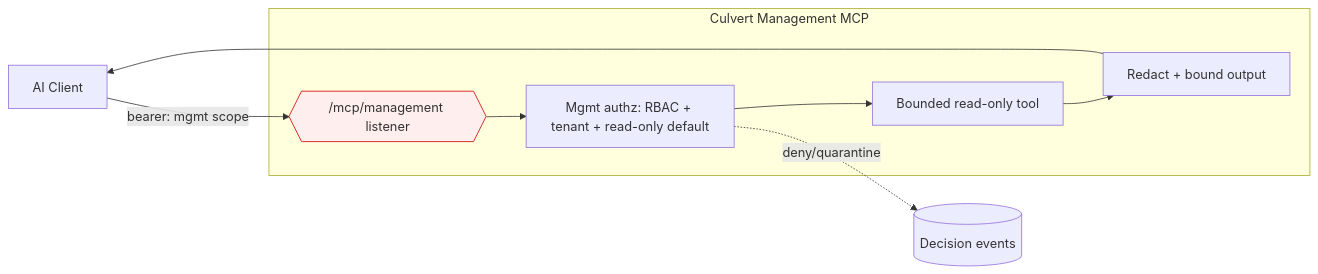
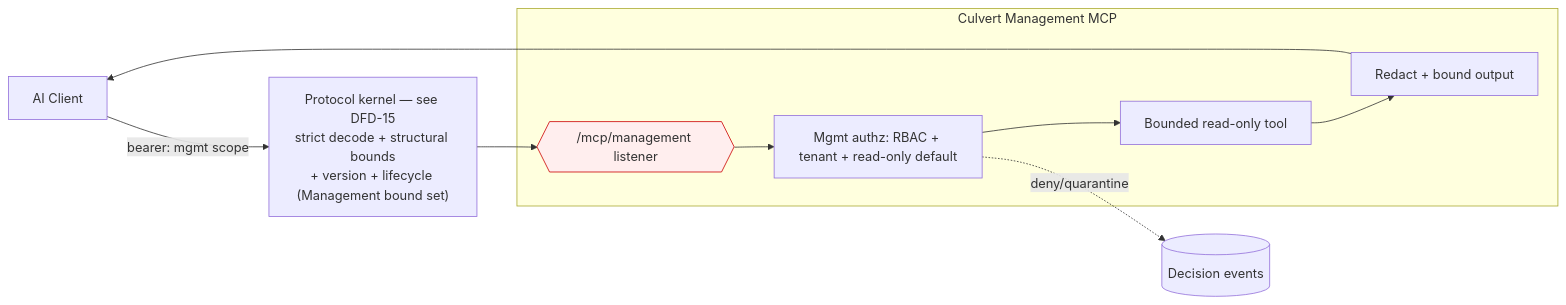
One commit to KidCarmi/Culvert changed the first of 15 diagrams in docs/design/mcp/DATA-FLOW-DIAGRAMS.md. Above: the diagram before and after it, drawn with Mermaid. The commit also changed other lines of this file and 4 other files, not shown here.

First line of the commit message:
docs(mcp): execute low-risk calls, scope cleanup, test rollback, model the kernel for both capabilities

````diff
--- a/docs/design/mcp/DATA-FLOW-DIAGRAMS.md
+++ b/docs/design/mcp/DATA-FLOW-DIAGRAMS.md
@@ -20,13 +20,14 @@
 ```mermaid
 flowchart LR
-  AC[AI Client] -- bearer: mgmt scope --> L1{{/mcp/management listener}}
+  AC[AI Client] -- bearer: mgmt scope --> K15["Protocol kernel — see DFD-15<br/>strict decode + structural bounds<br/>+ version + lifecycle (Management bound set)"]
+  K15 --> L1{{/mcp/management listener}}
   subgraph Culvert Management MCP
     L1 --> AZ[Mgmt authz: RBAC + tenant + read-only default]
     AZ --> RO[Bounded read-only tool]
     RO --> RED[Redact + bound output]
   end
   RED --> AC
   AZ -. deny/quarantine .-> EV[(Decision events)]
   classDef tb fill:#fee,stroke:#c00;
   class L1 tb
 ```
````
